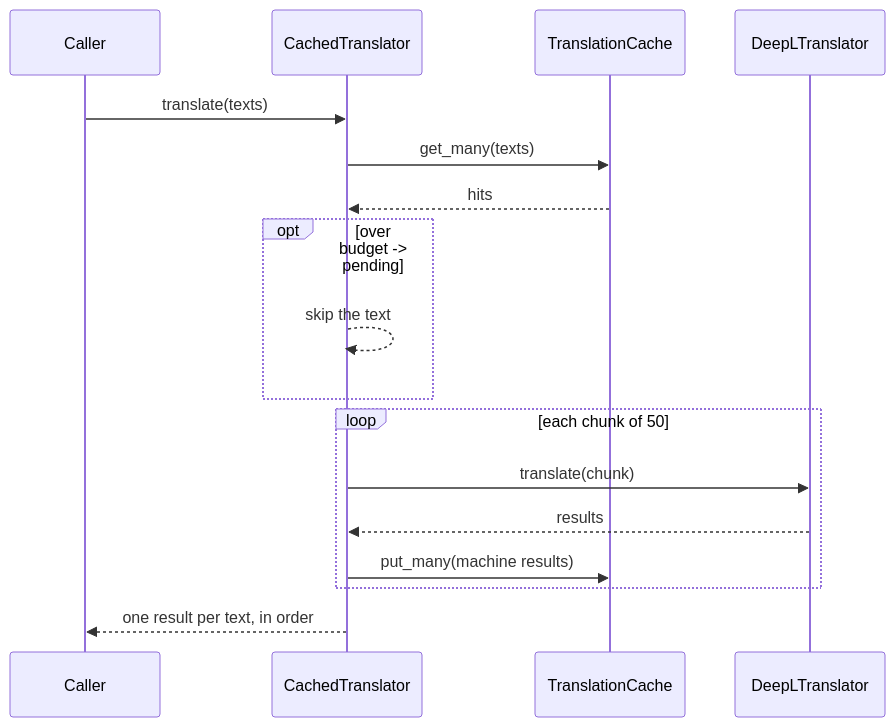
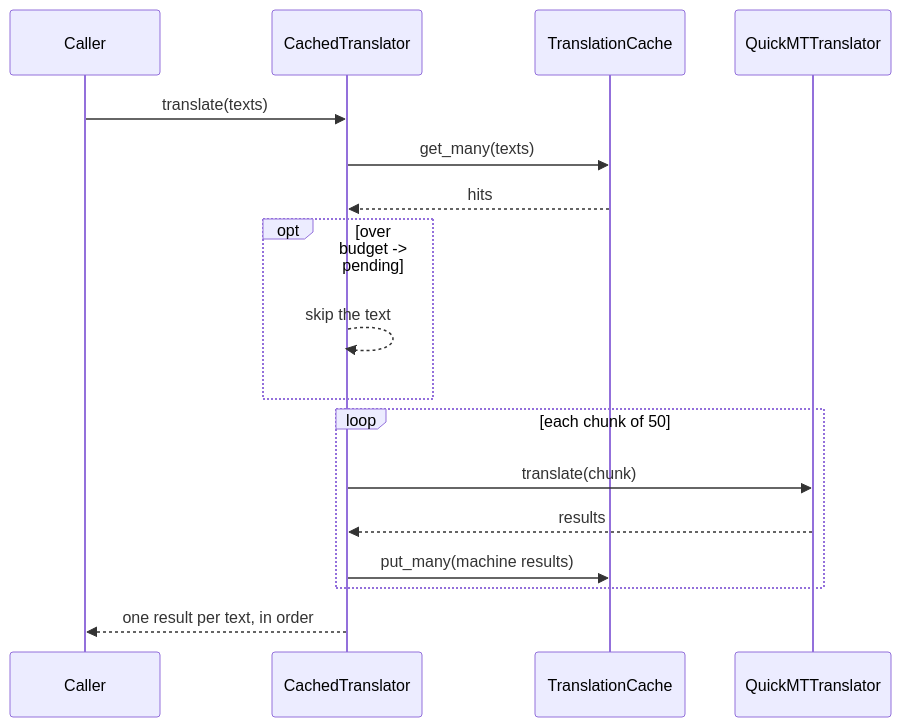
Before and after one commit to AleFire99/BS_Database: the diagram in docs/architecture/translation.md, drawn with Mermaid. The commit also changed other lines of this file and 7 other files, not shown here.

````diff
--- a/docs/architecture/translation.md
+++ b/docs/architecture/translation.md
@@ -18,19 +18,19 @@
 ```mermaid
 sequenceDiagram
     participant C as Caller
     participant T as CachedTranslator
     participant K as TranslationCache
-    participant D as DeepLTranslator
+    participant D as QuickMTTranslator
     C->>T: translate(texts)
     T->>K: get_many(texts)
     K-->>T: hits
     opt over budget -> pending
         T-->>T: skip the text
     end
     loop each chunk of 50
         T->>D: translate(chunk)
         D-->>T: results
         T->>K: put_many(machine results)
     end
     T-->>C: one result per text, in order
 ```
````
